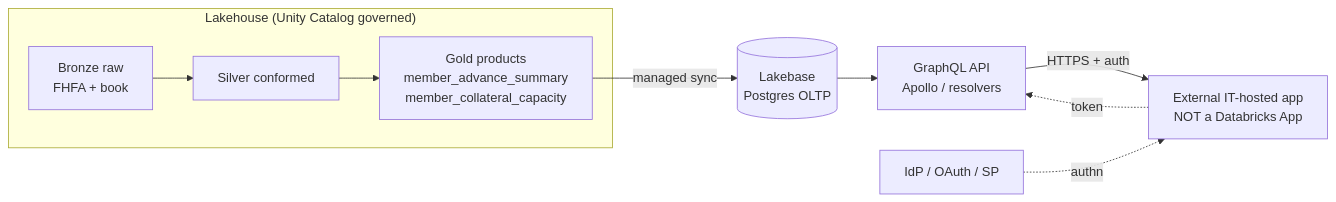
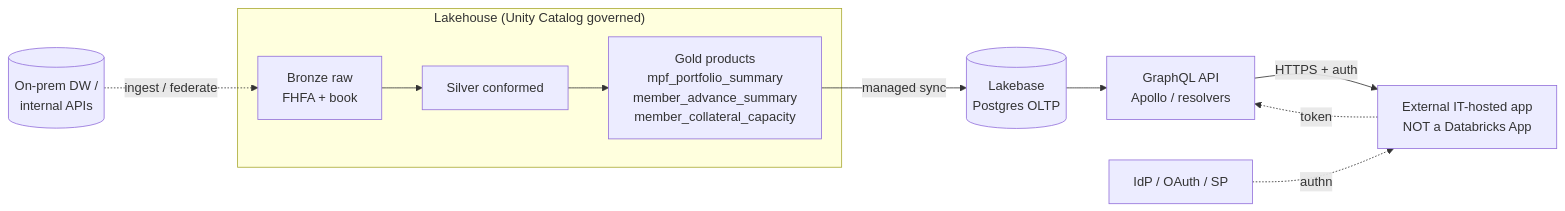
The diagram in demo-scripts/SESSION4_lakebase_graphql.md (GKlick-Databricks/fhlb-topeka-workshop), drawn with Mermaid before and after one commit. The commit also changed other lines of this file, not shown here.

Commit message:
S4: anchor GraphQL demo on MPF data; add API/SQL Server + on-prem DW Lakebase inputs

````diff
--- a/demo-scripts/SESSION4_lakebase_graphql.md
+++ b/demo-scripts/SESSION4_lakebase_graphql.md
@@ -155,12 +227,13 @@
 ```mermaid
 flowchart LR
   subgraph LH["Lakehouse (Unity Catalog governed)"]
     B[Bronze raw<br/>FHFA + book] --> S[Silver conformed]
-    S --> G[Gold products<br/>member_advance_summary<br/>member_collateral_capacity]
+    S --> G[Gold products<br/>mpf_portfolio_summary<br/>member_advance_summary<br/>member_collateral_capacity]
   end
+  OP[(On-prem DW /<br/>internal APIs)] -. ingest / federate .-> B
   G -- managed sync --> LB[(Lakebase<br/>Postgres OLTP)]
   LB --> API[GraphQL API<br/>Apollo / resolvers]
   API -- HTTPS + auth --> APP[External IT-hosted app<br/>NOT a Databricks App]
   IdP[IdP / OAuth / SP] -.authn.-> APP
   APP -.token.-> API
 ```
````
